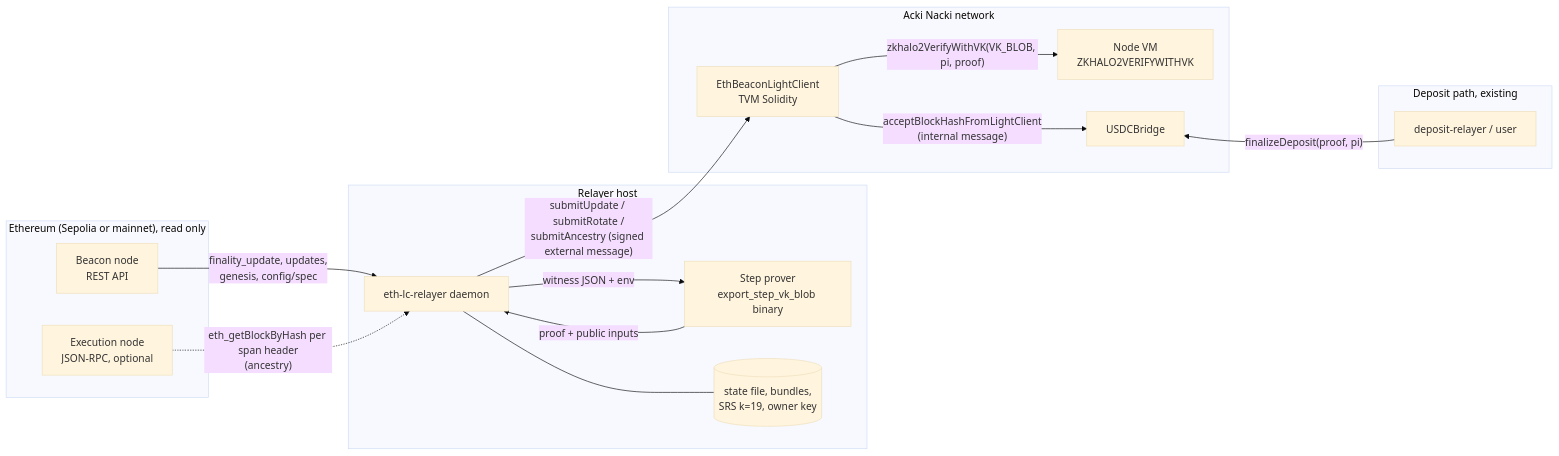
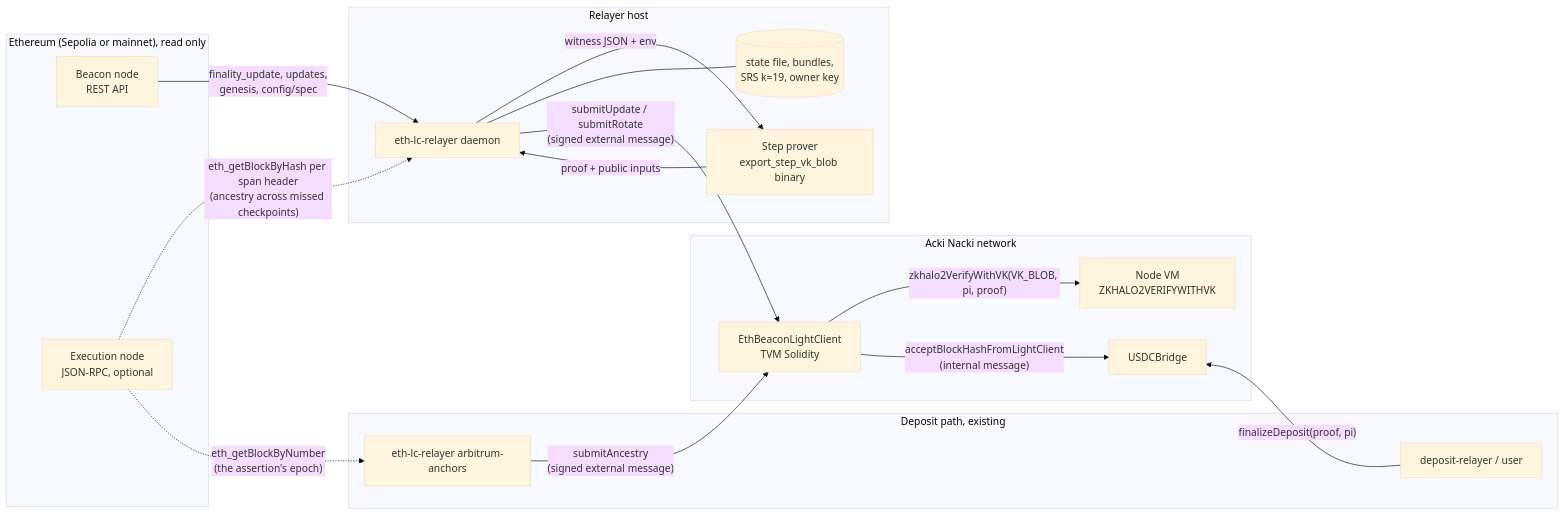
One commit to gosh-sh/bridge changed the first of 5 diagrams in docs/eth-light-client.md. Above: the diagram before and after it, drawn with Mermaid (base theme). The commit also changed other lines of this file and 32 other files, not shown here.

First line of the commit message:
Light client proves every checkpoint and keeps hashes 14 days; arbitrum-anchors sends the span its assertion needs (bridge-audit#154) (#164)

````diff
--- a/docs/eth-light-client.md
+++ b/docs/eth-light-client.md
@@ -61,30 +61,33 @@
 ```mermaid
 flowchart LR
   subgraph ETH["Ethereum (Sepolia or mainnet), read only"]
     BN["Beacon node<br/>REST API"]
     EN["Execution node<br/>JSON-RPC, optional"]
   end
   subgraph RH["Relayer host"]
     D["eth-lc-relayer daemon"]
     P["Step prover<br/>export_step_vk_blob binary"]
     S[("state file, bundles,<br/>SRS k=19, owner key")]
   end
   subgraph AN["Acki Nacki network"]
     N["Node VM<br/>ZKHALO2VERIFYWITHVK"]
     LC["EthBeaconLightClient<br/>TVM Solidity"]
     UB["USDCBridge"]
   end
   subgraph DEP["Deposit path, existing"]
     DR["deposit-relayer / user"]
+    AA["eth-lc-relayer arbitrum-anchors"]
   end
   BN -- "finality_update, updates,<br/>genesis, config/spec" --> D
-  EN -. "eth_getBlockByHash per span header<br/>(ancestry)" .-> D
+  EN -. "eth_getBlockByHash per span header<br/>(ancestry across missed checkpoints)" .-> D
   D -- "witness JSON + env" --> P
   P -- "proof + public inputs" --> D
   D --- S
-  D -- "submitUpdate / submitRotate /<br/>submitAncestry (signed external message)" --> LC
+  D -- "submitUpdate / submitRotate<br/>(signed external message)" --> LC
+  EN -. "eth_getBlockByNumber<br/>(the assertion's epoch)" .-> AA
+  AA -- "submitAncestry<br/>(signed external message)" --> LC
   LC -- "zkhalo2VerifyWithVK(VK_BLOB, pi, proof)" --> N
   LC -- "acceptBlockHashFromLightClient<br/>(internal message)" --> UB
   UB ~~~ DR
   DR -- "finalizeDeposit(proof, pi)" --> UB
 ```
````
